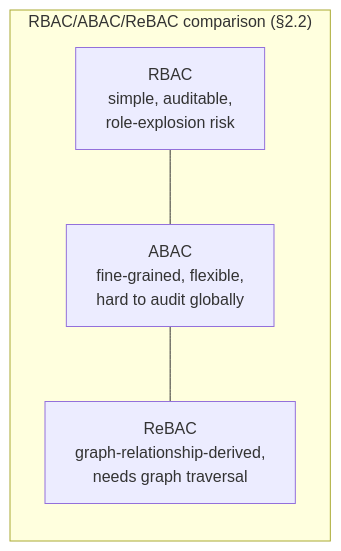
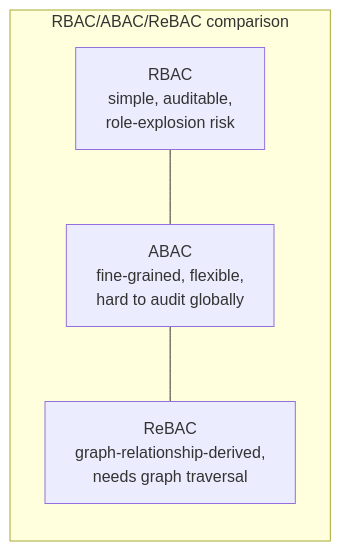
One commit to umashankarp/InterviewQuestions changed the third of 4 diagrams in 40-IAM/01-IAM-Fundamentals-AuthN-AuthZ-Models-Directory-Federation.md. Above: the diagram before and after it, drawn with Mermaid. The commit also changed other lines of this file and 173 other files, not shown here.

````diff
--- a/40-IAM/01-IAM-Fundamentals-AuthN-AuthZ-Models-Directory-Federation.md
+++ b/40-IAM/01-IAM-Fundamentals-AuthN-AuthZ-Models-Directory-Federation.md
@@ -83,7 +83,7 @@
 ```mermaid
 graph LR
-    subgraph "RBAC/ABAC/ReBAC comparison (§2.2)"
-        RBAC["RBAC<br/>simple, auditable,<br/>role-explosion risk"] --- ABAC["ABAC<br/>fine-grained, flexible,<br/>hard to audit globally"]
-        ABAC --- ReBAC["ReBAC<br/>graph-relationship-derived,<br/>needs graph traversal"]
-    end
+ subgraph "RBAC/ABAC/ReBAC comparison"
+ RBAC["RBAC<br/>simple, auditable,<br/>role-explosion risk"] --- ABAC["ABAC<br/>fine-grained, flexible,<br/>hard to audit globally"]
+ ABAC --- ReBAC["ReBAC<br/>graph-relationship-derived,<br/>needs graph traversal"]
+ end
 ```
````
